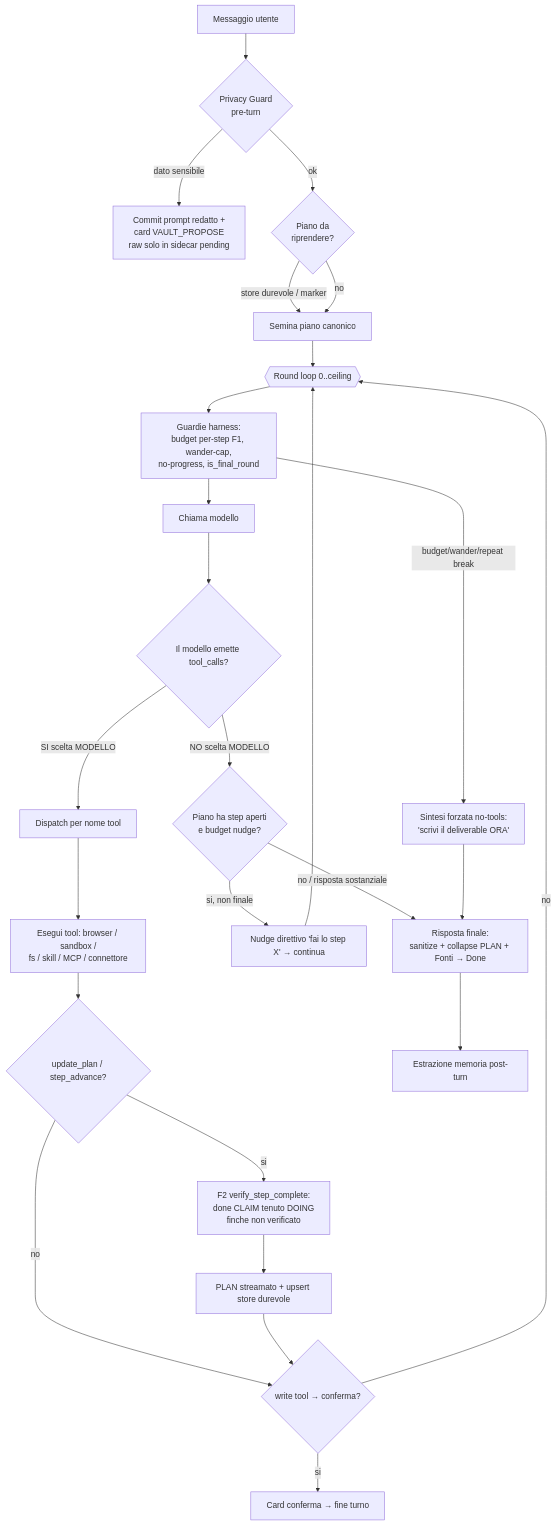
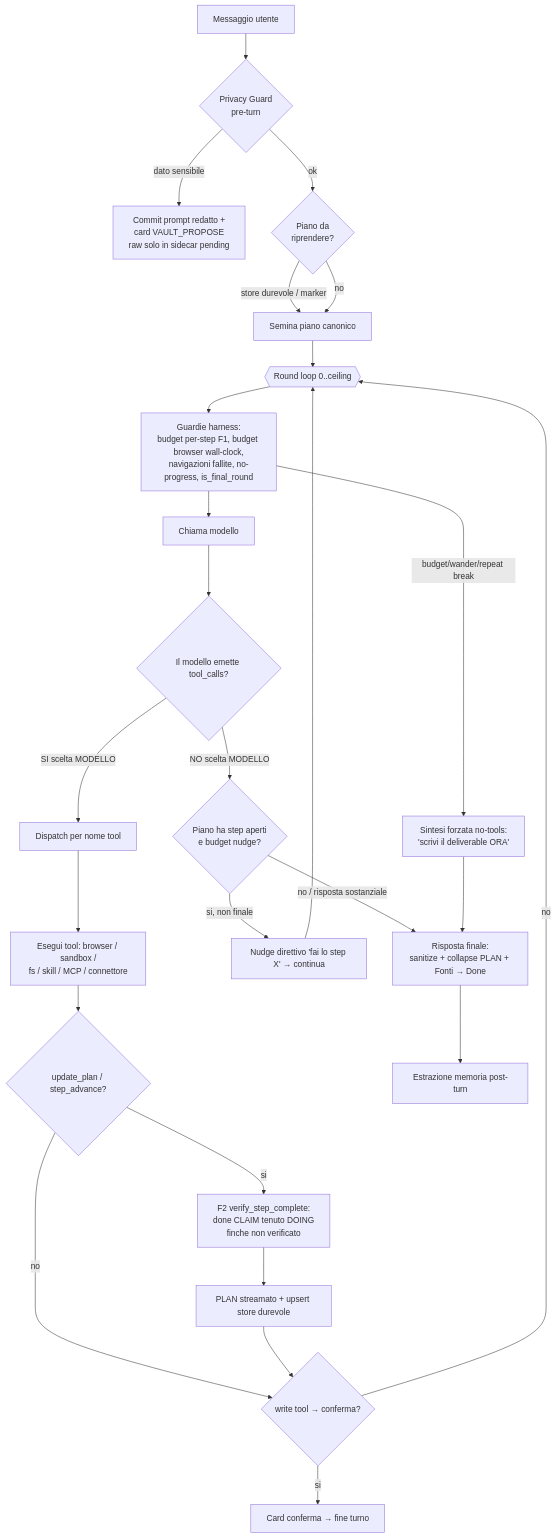
The diagram in docs/architecture/agent-loop.md (homun-app/homun-core), drawn with Mermaid before and after one commit. The commit also changed other lines of this file and 8 other files, not shown here.

````diff
--- a/docs/architecture/agent-loop.md
+++ b/docs/architecture/agent-loop.md
@@ -71,32 +71,32 @@
 ```mermaid
 flowchart TD
     REQ[Messaggio utente] --> PRIV{Privacy Guard<br/>pre-turn}
     PRIV -- "dato sensibile" --> VAULT[Commit prompt redatto +<br/>card VAULT_PROPOSE<br/>raw solo in sidecar pending]
     PRIV -- "ok" --> SEED{Piano da<br/>riprendere?}
     SEED -- "store durevole / marker" --> PLAN0[Semina piano canonico]
     SEED -- no --> PLAN0
     PLAN0 --> LOOP{{Round loop 0..ceiling}}
 
-    LOOP --> GUARD[Guardie harness:<br/>budget per-step F1, wander-cap,<br/>no-progress, is_final_round]
+    LOOP --> GUARD[Guardie harness:<br/>budget per-step F1, budget browser wall-clock,<br/>navigazioni fallite, no-progress, is_final_round]
     GUARD -- "budget/wander/repeat break" --> SYNTH
     GUARD --> CALL[Chiama modello]
     CALL --> FORK{Il modello emette tool_calls?}
 
     FORK -- "SI scelta MODELLO" --> DISP[Dispatch per nome tool]
     DISP --> EXEC[Esegui tool: browser / sandbox /<br/>fs / skill / MCP / connettore]
     EXEC --> PLANUPD{update_plan / step_advance?}
     PLANUPD -- si --> F2[F2 verify_step_complete:<br/>done CLAIM tenuto DOING<br/>finche non verificato]
     F2 --> MARK[PLAN streamato + upsert store durevole]
     PLANUPD -- no --> CONFIRM{write tool → conferma?}
     MARK --> CONFIRM
     CONFIRM -- "si" --> ENDC[Card conferma → fine turno]
     CONFIRM -- no --> LOOP
 
     FORK -- "NO scelta MODELLO" --> NUDGE{Piano ha step aperti<br/>e budget nudge?}
     NUDGE -- "si, non finale" --> DIR[Nudge direttivo 'fai lo step X' → continua]
     DIR --> LOOP
     NUDGE -- "no / risposta sostanziale" --> FINAL[Risposta finale:<br/>sanitize + collapse PLAN + Fonti → Done]
 
     SYNTH[Sintesi forzata no-tools:<br/>'scrivi il deliverable ORA'] --> FINAL
     FINAL --> MEM[Estrazione memoria post-turn]
 ```
````
